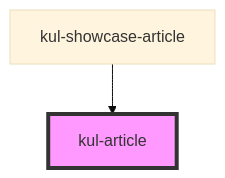
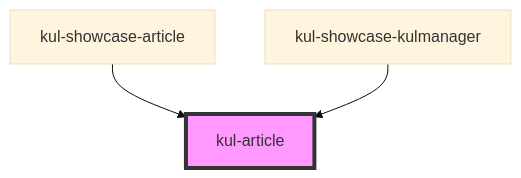
Before and after one commit to smeup/ketchup: the diagram in packages/ketchup-lite/src/components/kul-article/readme.md, drawn with Mermaid (base theme). The commit also changed other lines of this file and 2 other files, not shown here.

````diff
--- a/packages/ketchup-lite/src/components/kul-article/readme.md
+++ b/packages/ketchup-lite/src/components/kul-article/readme.md
@@ -93,5 +94,6 @@
 ```mermaid
 graph TD;
   kul-showcase-article --> kul-article
+  kul-showcase-kulmanager --> kul-article
   style kul-article fill:#f9f,stroke:#333,stroke-width:4px
 ```
````
